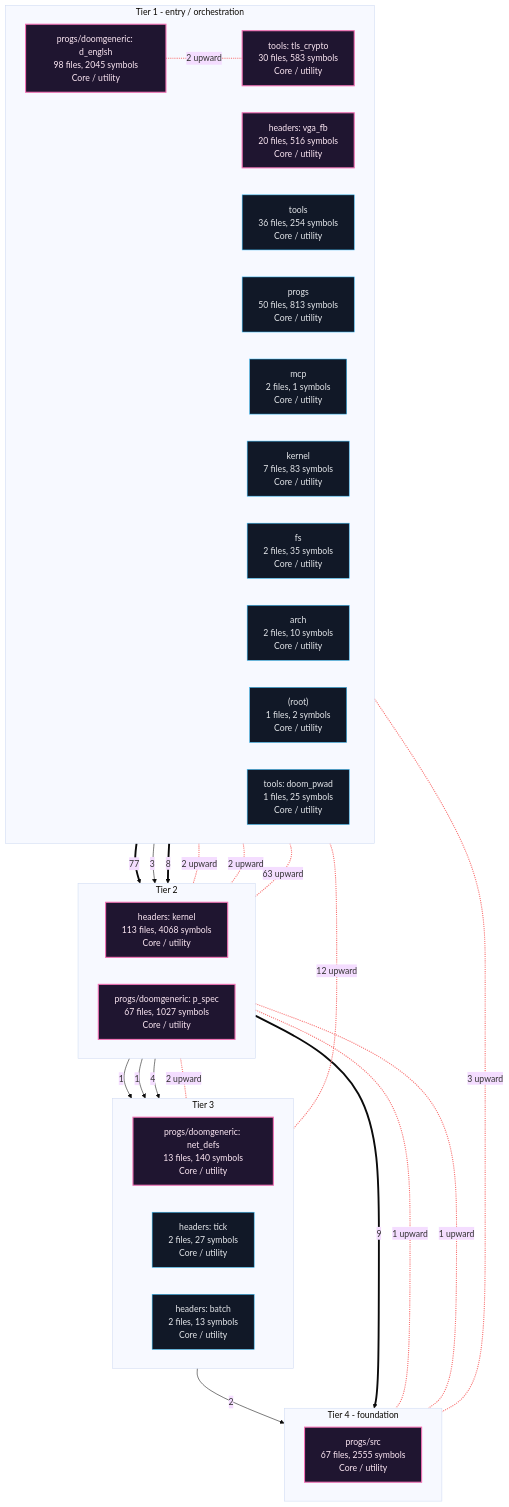
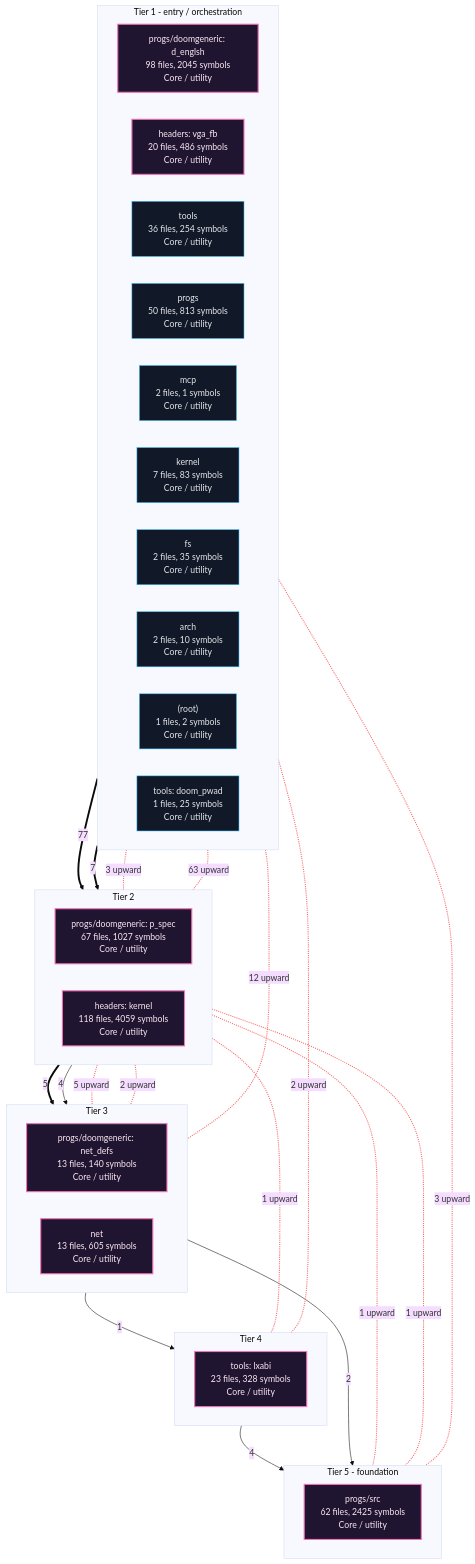
One commit to grisuno/miniOS changed the first of 5 diagrams in readmenator-apidocs/architecture.md. Above: the diagram before and after it, drawn with Mermaid (base theme). The commit also changed other lines of this file and 184 other files, not shown here.

````diff
--- a/readmenator-apidocs/architecture.md
+++ b/readmenator-apidocs/architecture.md
@@ -11,55 +11,58 @@
 ```mermaid
 flowchart TB
     classDef cycle fill:#1f1530,stroke:#f472b6,color:#fce7f3,stroke-width:2px;
     classDef default fill:#111827,stroke:#38bdf8,color:#e5e7eb;
     subgraph lane_0["Tier 1 - entry / orchestration"]
         direction LR
         n_c1["progs/doomgeneric: d_englsh<br/>98 files, 2045 symbols<br/>Core / utility"]:::cycle
-        n_c4["tools: tls_crypto<br/>30 files, 583 symbols<br/>Core / utility"]:::cycle
-        n_c5["headers: vga_fb<br/>20 files, 516 symbols<br/>Core / utility"]:::cycle
+        n_c5["headers: vga_fb<br/>20 files, 486 symbols<br/>Core / utility"]:::cycle
         n_d_tools["tools<br/>36 files, 254 symbols<br/>Core / utility"]:::default
         n_d_progs["progs<br/>50 files, 813 symbols<br/>Core / utility"]:::default
         n_d_mcp["mcp<br/>2 files, 1 symbols<br/>Core / utility"]:::default
         n_d_kernel["kernel<br/>7 files, 83 symbols<br/>Core / utility"]:::default
         n_d_fs["fs<br/>2 files, 35 symbols<br/>Core / utility"]:::default
         n_d_arch["arch<br/>2 files, 10 symbols<br/>Core / utility"]:::default
         n_d__root_["(root)<br/>1 files, 2 symbols<br/>Core / utility"]:::default
-        n_c9["tools: doom_pwad<br/>1 files, 25 symbols<br/>Core / utility"]:::default
+        n_c8["tools: doom_pwad<br/>1 files, 25 symbols<br/>Core / utility"]:::default
     end
     subgraph lane_1["Tier 2"]
         direction LR
-        n_c0["headers: kernel<br/>113 files, 4068 symbols<br/>Core / utility"]:::cycle
         n_c3["progs/doomgeneric: p_spec<br/>67 files, 1027 symbols<br/>Core / utility"]:::cycle
+        n_c0["headers: kernel<br/>118 files, 4059 symbols<br/>Core / utility"]:::cycle
     end
     subgraph lane_2["Tier 3"]
         direction LR
-        n_c6["progs/doomgeneric: net_defs<br/>13 files, 140 symbols<br/>Core / utility"]:::cycle
-        n_c8["headers: tick<br/>2 files, 27 symbols<br/>Core / utility"]:::default
-        n_c7["headers: batch<br/>2 files, 13 symbols<br/>Core / utility"]:::default
+        n_c7["progs/doomgeneric: net_defs<br/>13 files, 140 symbols<br/>Core / utility"]:::cycle
+        n_c6["net<br/>13 files, 605 symbols<br/>Core / utility"]:::cycle
     end
-    subgraph lane_3["Tier 4 - foundation"]
+    subgraph lane_3["Tier 4"]
         direction LR
-        n_c2["progs/src<br/>67 files, 2555 symbols<br/>Core / utility"]:::cycle
+        n_c4["tools: lxabi<br/>23 files, 328 symbols<br/>Core / utility"]:::cycle
     end
-    n_c0 ==>|"9"| n_c2
-    n_c0 -->|"1"| n_c7
-    n_c0 -->|"1"| n_c8
+    subgraph lane_4["Tier 5 - foundation"]
+        direction LR
+        n_c2["progs/src<br/>62 files, 2425 symbols<br/>Core / utility"]:::cycle
+    end
+    n_c0 ==>|"5"| n_c6
     n_c1 ==>|"77"| n_c3
-    n_c3 -->|"4"| n_c6
-    n_c4 -->|"3"| n_c0
-    n_c5 ==>|"8"| n_c0
-    n_c6 -->|"2"| n_c2
-    n_c4 <-.-|"2 upward"| n_c0
-    n_c5 <-.-|"2 upward"| n_c0
+    n_c3 -->|"4"| n_c7
+    n_c4 -->|"4"| n_c2
+    n_c5 ==>|"7"| n_c0
+    n_c6 -->|"1"| n_c4
+    n_c7 -->|"2"| n_c2
+    n_c5 <-.-|"3 upward"| n_c0
     n_c0 <-.-|"1 upward"| n_c2
     n_c1 <-.-|"3 upward"| n_c2
     n_c3 <-.-|"1 upward"| n_c2
     n_c1 <-.-|"63 upward"| n_c3
+    n_c0 <-.-|"1 upward"| n_c4
     n_c1 <-.-|"2 upward"| n_c4
-    n_c1 <-.-|"12 upward"| n_c6
-    n_c3 <-.-|"2 upward"| n_c6
-    linkStyle 8,9,10,11,12,13,14,15,16 stroke:#f87171,stroke-width:2px;
-    n_c1 ~~~ n_c0
-    n_c0 ~~~ n_c6
-    n_c6 ~~~ n_c2
+    n_c0 <-.-|"5 upward"| n_c6
+    n_c1 <-.-|"12 upward"| n_c7
+    n_c3 <-.-|"2 upward"| n_c7
+    linkStyle 7,8,9,10,11,12,13,14,15,16 stroke:#f87171,stroke-width:2px;
+    n_c1 ~~~ n_c3
+    n_c3 ~~~ n_c7
+    n_c7 ~~~ n_c4
+    n_c4 ~~~ n_c2
 ```
````
